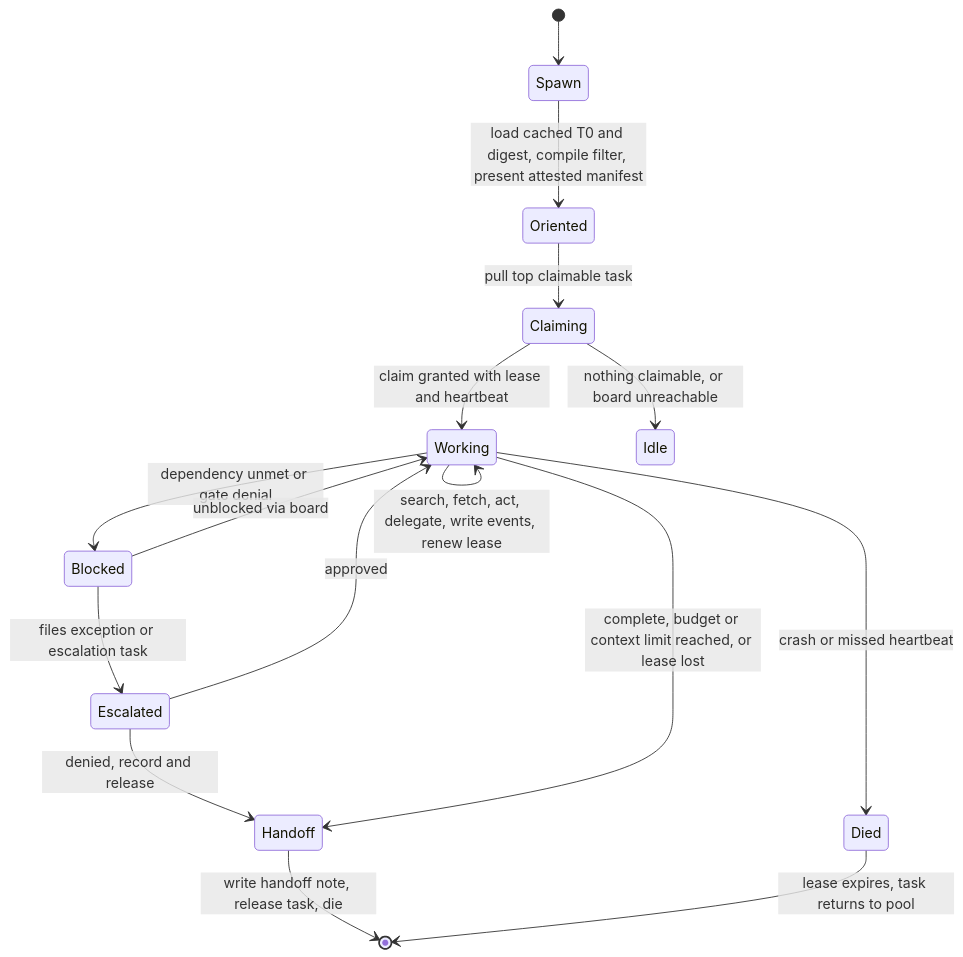
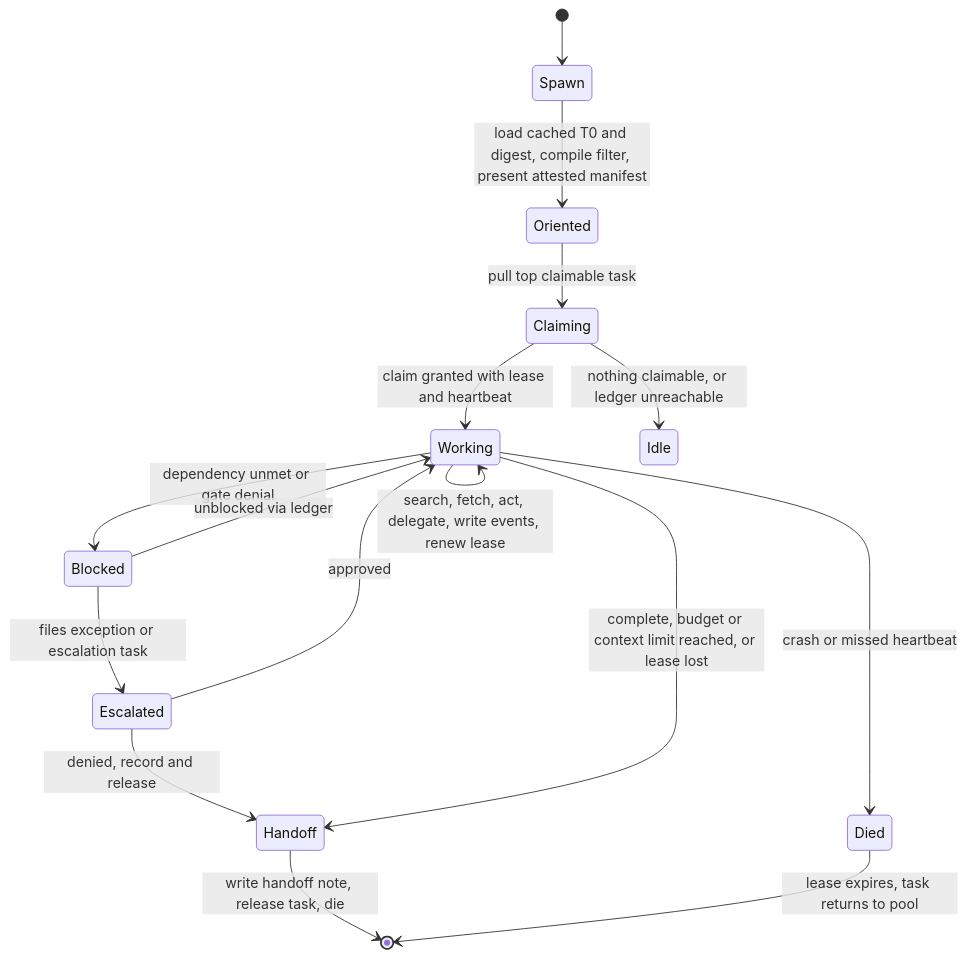
The tenth of 14 diagrams in docs/durable-memory-for-disposable-agents.md (apache/tooling-memory), drawn with Mermaid before and after one commit. The commit also changed other lines of this file and 1 other file, not shown here.

First line of the commit message:
Rename the task board to the task ledger

````diff
--- a/docs/durable-memory-for-disposable-agents.md
+++ b/docs/durable-memory-for-disposable-agents.md
@@ -658,18 +658,18 @@
 ```mermaid
 stateDiagram-v2
     [*] --> Spawn
     Spawn --> Oriented: load cached T0 and digest, compile filter, present attested manifest
     Oriented --> Claiming: pull top claimable task
     Claiming --> Working: claim granted with lease and heartbeat
-    Claiming --> Idle: nothing claimable, or board unreachable
+    Claiming --> Idle: nothing claimable, or ledger unreachable
     Working --> Working: search, fetch, act, delegate, write events, renew lease
     Working --> Blocked: dependency unmet or gate denial
-    Blocked --> Working: unblocked via board
+    Blocked --> Working: unblocked via ledger
     Blocked --> Escalated: files exception or escalation task
     Escalated --> Working: approved
     Escalated --> Handoff: denied, record and release
     Working --> Handoff: complete, budget or context limit reached, or lease lost
     Handoff --> [*]: write handoff note, release task, die
     Working --> Died: crash or missed heartbeat
     Died --> [*]: lease expires, task returns to pool
 ```
````
